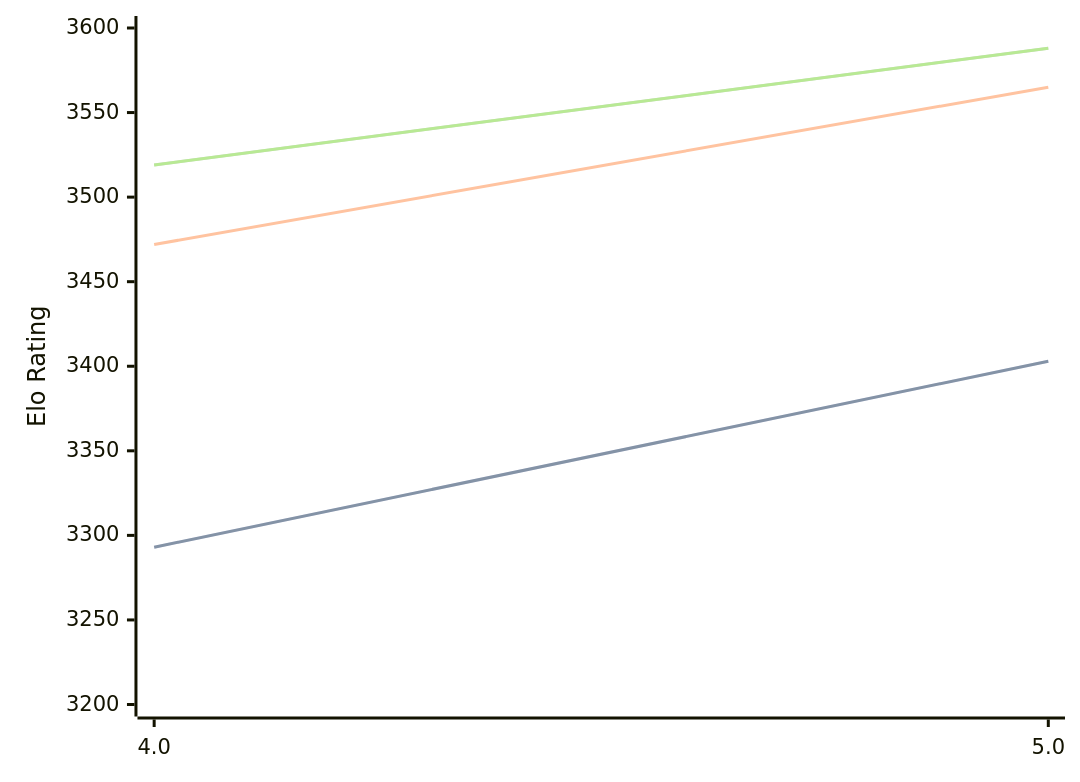
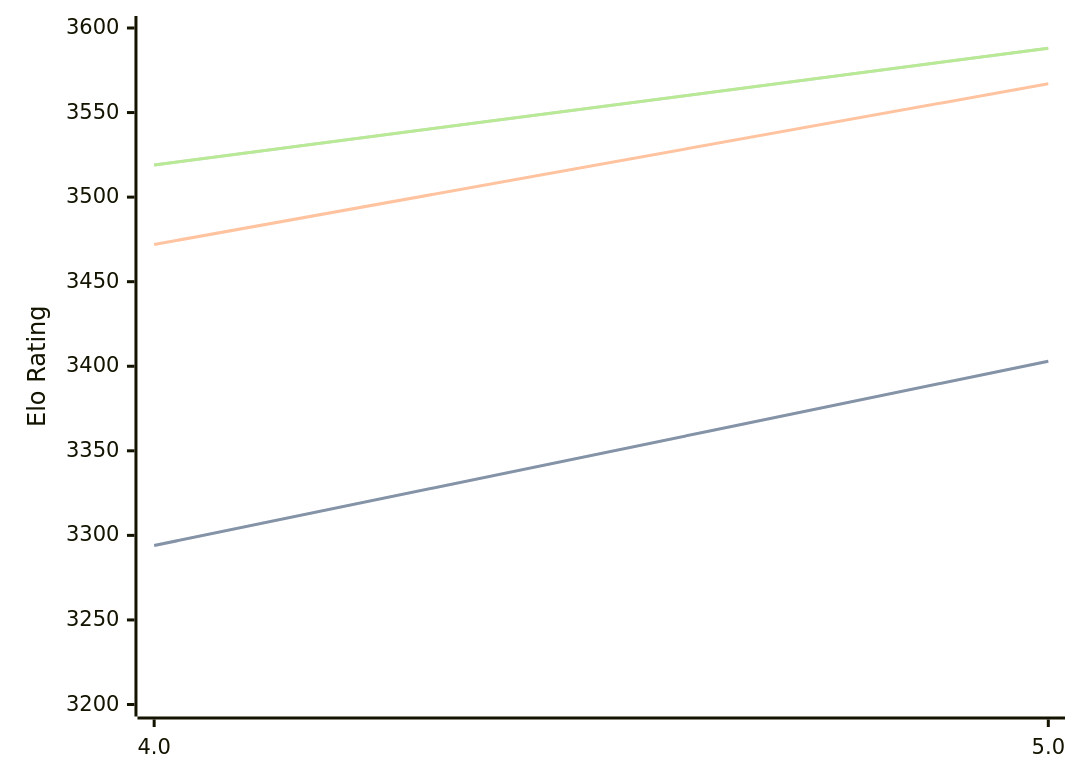
The diagram in engines/Tarnished.md (computer-chess-index/cci), drawn with Mermaid before and after one commit. The commit also changed other lines of this file, not shown here.

Commit message:
Update CCI Ratings (ELO VLTC) - 2026-05-01

````diff
--- a/engines/Tarnished.md
+++ b/engines/Tarnished.md
@@ -36,11 +36,11 @@
 ```mermaid
 %%{init: {"theme":"base","themeVariables":{"seriesColors:['#a3a3a3','#222221','#faa371']}}}%%
 xychart-beta
   x-axis ["4.0", "5.0"]
   y-axis "Elo Rating" 3200 --> 3600
-  line "STC (8.0+0.08s)" [3293, 3403]
-  line "STC (8.0+0.08s)" [3293, 3403]
-  line "LTC (60.0+0.60s)" [3472, 3565]
+  line "STC (8.0+0.08s)" [3294, 3403]
+  line "STC (8.0+0.08s)" [3294, 3403]
+  line "LTC (60.0+0.60s)" [3472, 3567]
   line "VLTC (2m24s+1.12s)" [3519, 3588]
   line "VLTC (2m24s+1.12s)" [3519, 3588]
 ```
````
